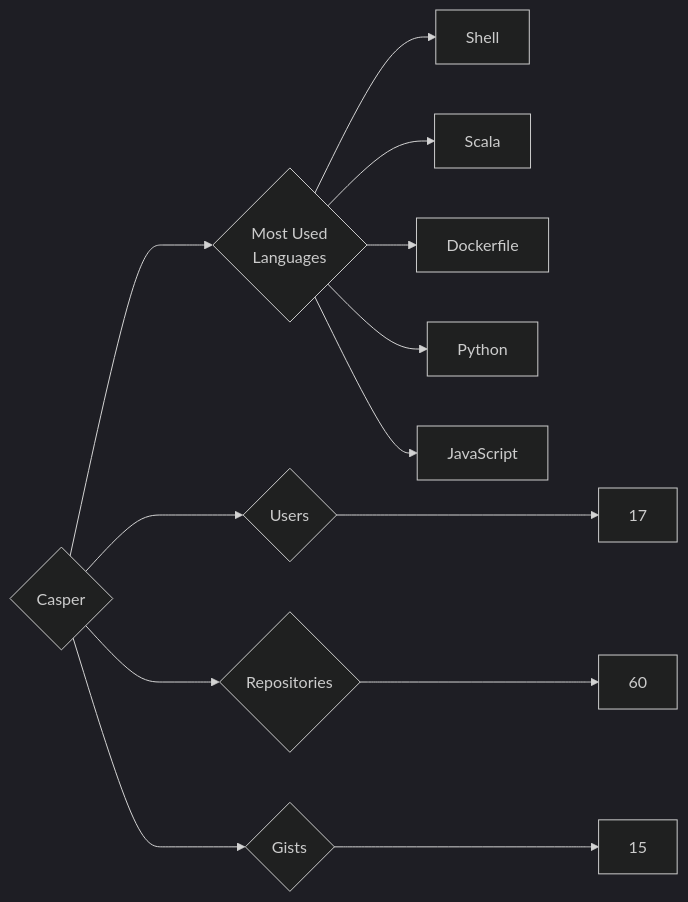
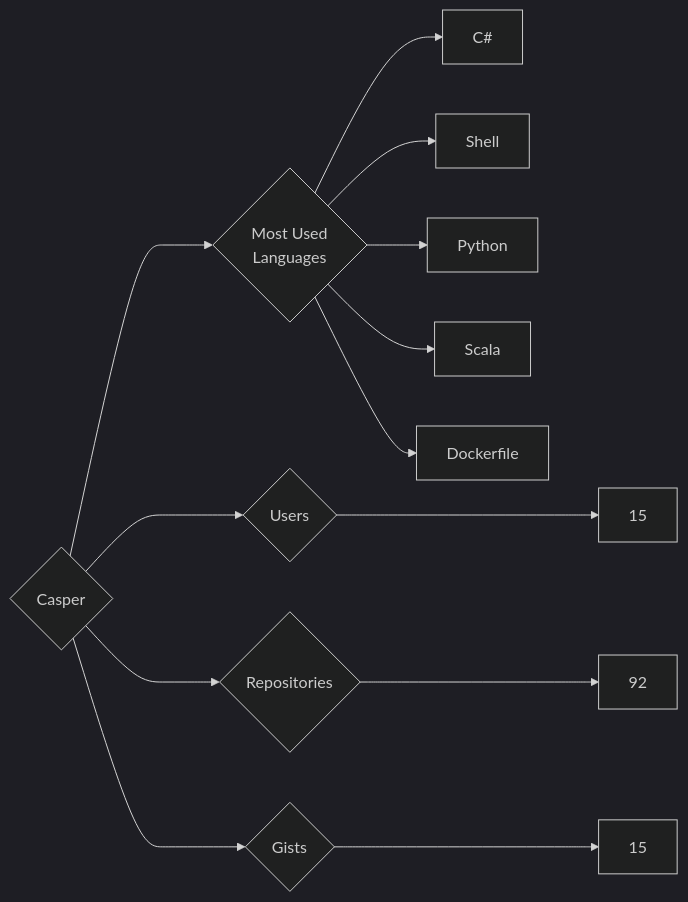
Before and after one commit to trickest/insiders: the diagram in targets/Casper/README.md, drawn with Mermaid (dark theme). The commit also changed 870 other files, not shown here.

````diff
--- a/targets/Casper/README.md
+++ b/targets/Casper/README.md
@@ -3,13 +3,13 @@
 ```mermaid
 graph LR
 COMPANY_NAME{Casper}
-COMPANY_NAME ---> U{Users} ---> UN[17]
-COMPANY_NAME ---> R{Repositories} ---> RN[60]
+COMPANY_NAME ---> U{Users} ---> UN[15]
+COMPANY_NAME ---> R{Repositories} ---> RN[92]
 COMPANY_NAME ---> G{Gists} ---> GN[15]
 COMPANY_NAME ---> ML{Most Used<br>Languages}
+ML --> C#[C#]
 ML --> Shell[Shell]
+ML --> Python[Python]
 ML --> Scala[Scala]
 ML --> Dockerfile[Dockerfile]
-ML --> Python[Python]
-ML --> JavaScript[JavaScript]
 ```
````
